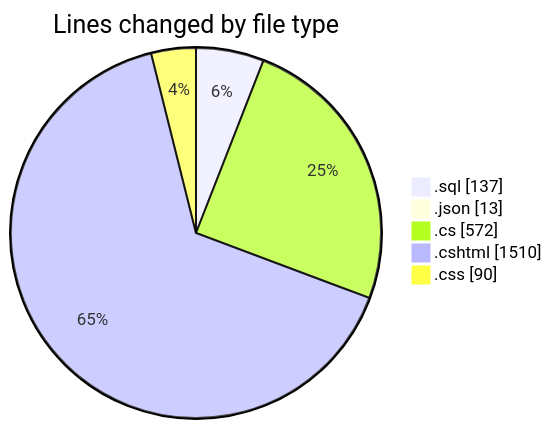
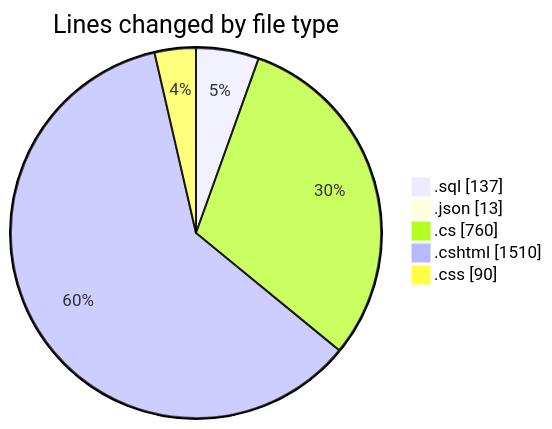
Before and after one commit to lephambinh05/code-tracking: the first of 2 diagrams in 2025-07-14/nhahang/README.md, drawn with Mermaid. The commit also changed other lines of this file and 1 other file, not shown here.

````diff
--- a/2025-07-14/nhahang/README.md
+++ b/2025-07-14/nhahang/README.md
@@ -60,9 +66,9 @@
 ```mermaid
 pie showData
 title Lines changed by file type
 ".sql" : 137
 ".json" : 13
-".cs" : 572
+".cs" : 760
 ".cshtml" : 1510
 ".css" : 90
 ```
````
